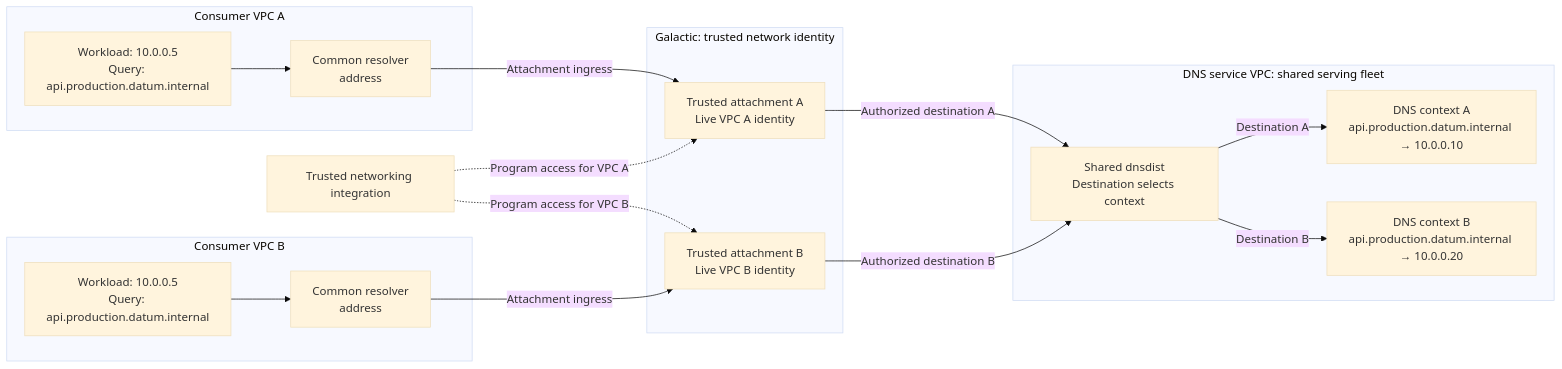
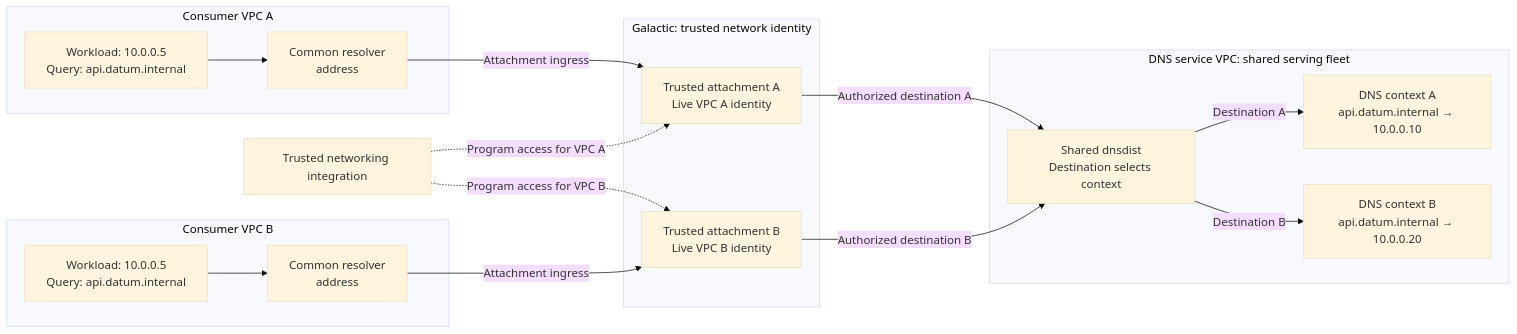
The second of 2 diagrams in architecture/deliver/dns/internal-dns/README.md (datum-cloud/enhancements), drawn with Mermaid (base theme) before and after one commit. The commit also changed other lines of this file and 1 other file, not shown here.

Commit message:
docs: resolve default private names within the VPC context

````diff
--- a/architecture/deliver/dns/internal-dns/README.md
+++ b/architecture/deliver/dns/internal-dns/README.md
@@ -64,31 +64,31 @@
 ```mermaid
 flowchart LR
   subgraph A[Consumer VPC A]
-    WA["Workload: 10.0.0.5<br/>Query: api.production.datum.internal"]
+    WA["Workload: 10.0.0.5<br/>Query: api.datum.internal"]
     RA[Common resolver<br/>address]
     WA --> RA
   end
   subgraph B[Consumer VPC B]
-    WB["Workload: 10.0.0.5<br/>Query: api.production.datum.internal"]
+    WB["Workload: 10.0.0.5<br/>Query: api.datum.internal"]
     RB[Common resolver<br/>address]
     WB --> RB
   end
   I[Trusted networking integration]
   subgraph G[Galactic: trusted network identity]
     GA["Trusted attachment A<br/>Live VPC A identity"]
     GB["Trusted attachment B<br/>Live VPC B identity"]
   end
   RA -->|Attachment ingress| GA
   RB -->|Attachment ingress| GB
   I -.->|Program access for VPC A| GA
   I -.->|Program access for VPC B| GB
   subgraph S[DNS service VPC: shared serving fleet]
     D["Shared dnsdist<br/>Destination selects context"]
-    CA["DNS context A<br/>api.production.datum.internal → 10.0.0.10"]
-    CB["DNS context B<br/>api.production.datum.internal → 10.0.0.20"]
+    CA["DNS context A<br/>api.datum.internal → 10.0.0.10"]
+    CB["DNS context B<br/>api.datum.internal → 10.0.0.20"]
     D -->|Destination A| CA
     D -->|Destination B| CB
   end
   GA -->|Authorized destination A| D
   GB -->|Authorized destination B| D
 ```
````
